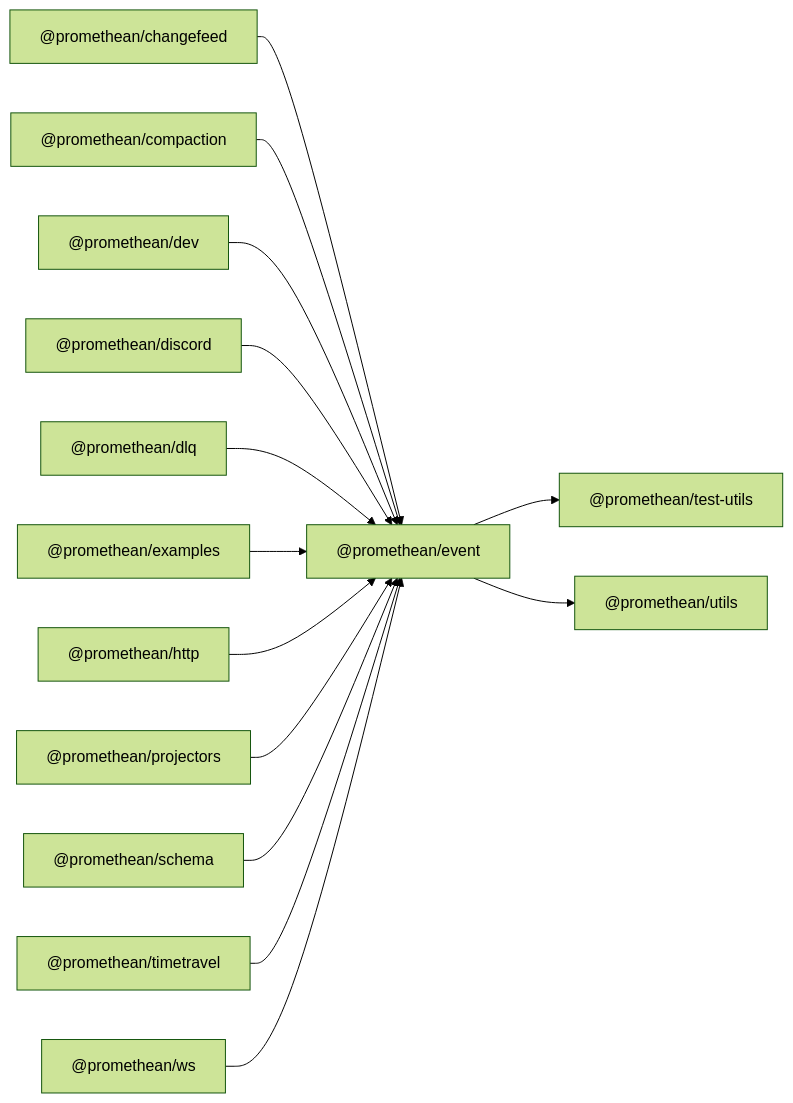
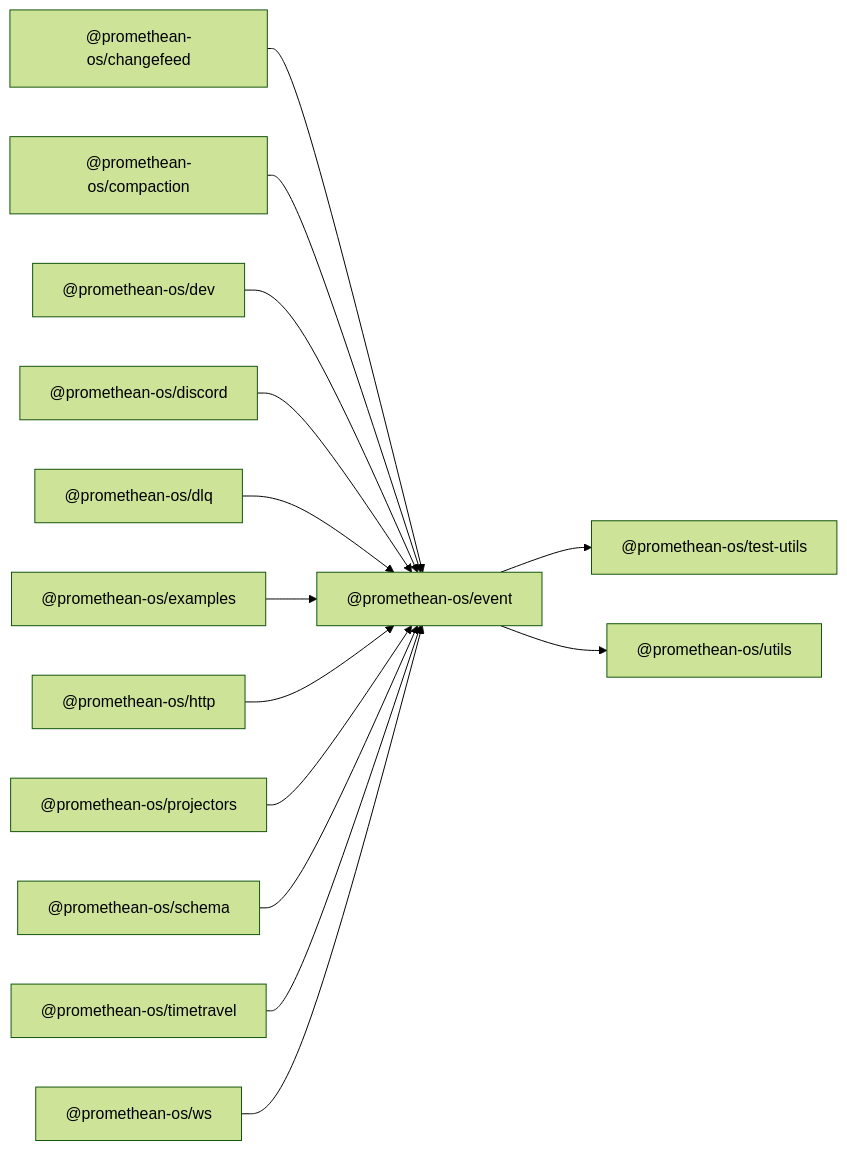
Before and after one commit to octave-commons/promethean: the diagram in docs/packages/event/README.md, drawn with Mermaid (forest theme). The commit also changed other lines of this file and 1753 other files, not shown here.

````diff
--- a/docs/packages/event/README.md
+++ b/docs/packages/event/README.md
@@ -14,43 +14,43 @@
 ```mermaid
 graph LR
-  A["@promethean/event"]
-  D1["@promethean/test-utils"]
-  D2["@promethean/utils"]
-  R1["@promethean/changefeed"]
-  R2["@promethean/compaction"]
-  R3["@promethean/dev"]
-  R4["@promethean/discord"]
-  R5["@promethean/dlq"]
-  R6["@promethean/examples"]
-  R7["@promethean/http"]
-  R8["@promethean/projectors"]
-  R9["@promethean/schema"]
-  R10["@promethean/timetravel"]
-  R11["@promethean/ws"]
-  A --> D1["@promethean/test-utils"]
-  A --> D2["@promethean/utils"]
-  R1["@promethean/changefeed"] --> A
-  R2["@promethean/compaction"] --> A
-  R3["@promethean/dev"] --> A
-  R4["@promethean/discord"] --> A
-  R5["@promethean/dlq"] --> A
-  R6["@promethean/examples"] --> A
-  R7["@promethean/http"] --> A
-  R8["@promethean/projectors"] --> A
-  R9["@promethean/schema"] --> A
-  R10["@promethean/timetravel"] --> A
-  R11["@promethean/ws"] --> A
-  click D1 "../test-utils/README.md" "@promethean/test-utils"
-  click D2 "../utils/README.md" "@promethean/utils"
-  click R1 "../changefeed/README.md" "@promethean/changefeed"
-  click R2 "../compaction/README.md" "@promethean/compaction"
-  click R3 "../dev/README.md" "@promethean/dev"
-  click R4 "../discord/README.md" "@promethean/discord"
-  click R5 "../dlq/README.md" "@promethean/dlq"
-  click R6 "../examples/README.md" "@promethean/examples"
-  click R7 "../http/README.md" "@promethean/http"
-  click R8 "../projectors/README.md" "@promethean/projectors"
-  click R9 "../schema/README.md" "@promethean/schema"
-  click R10 "../timetravel/README.md" "@promethean/timetravel"
-  click R11 "../ws/README.md" "@promethean/ws"
+  A["@promethean-os/event"]
+  D1["@promethean-os/test-utils"]
+  D2["@promethean-os/utils"]
+  R1["@promethean-os/changefeed"]
+  R2["@promethean-os/compaction"]
+  R3["@promethean-os/dev"]
+  R4["@promethean-os/discord"]
+  R5["@promethean-os/dlq"]
+  R6["@promethean-os/examples"]
+  R7["@promethean-os/http"]
+  R8["@promethean-os/projectors"]
+  R9["@promethean-os/schema"]
+  R10["@promethean-os/timetravel"]
+  R11["@promethean-os/ws"]
+  A --> D1["@promethean-os/test-utils"]
+  A --> D2["@promethean-os/utils"]
+  R1["@promethean-os/changefeed"] --> A
+  R2["@promethean-os/compaction"] --> A
+  R3["@promethean-os/dev"] --> A
+  R4["@promethean-os/discord"] --> A
+  R5["@promethean-os/dlq"] --> A
+  R6["@promethean-os/examples"] --> A
+  R7["@promethean-os/http"] --> A
+  R8["@promethean-os/projectors"] --> A
+  R9["@promethean-os/schema"] --> A
+  R10["@promethean-os/timetravel"] --> A
+  R11["@promethean-os/ws"] --> A
+  click D1 "../test-utils/README.md" "@promethean-os/test-utils"
+  click D2 "../utils/README.md" "@promethean-os/utils"
+  click R1 "../changefeed/README.md" "@promethean-os/changefeed"
+  click R2 "../compaction/README.md" "@promethean-os/compaction"
+  click R3 "../dev/README.md" "@promethean-os/dev"
+  click R4 "../discord/README.md" "@promethean-os/discord"
+  click R5 "../dlq/README.md" "@promethean-os/dlq"
+  click R6 "../examples/README.md" "@promethean-os/examples"
+  click R7 "../http/README.md" "@promethean-os/http"
+  click R8 "../projectors/README.md" "@promethean-os/projectors"
+  click R9 "../schema/README.md" "@promethean-os/schema"
+  click R10 "../timetravel/README.md" "@promethean-os/timetravel"
+  click R11 "../ws/README.md" "@promethean-os/ws"
 ```
````
